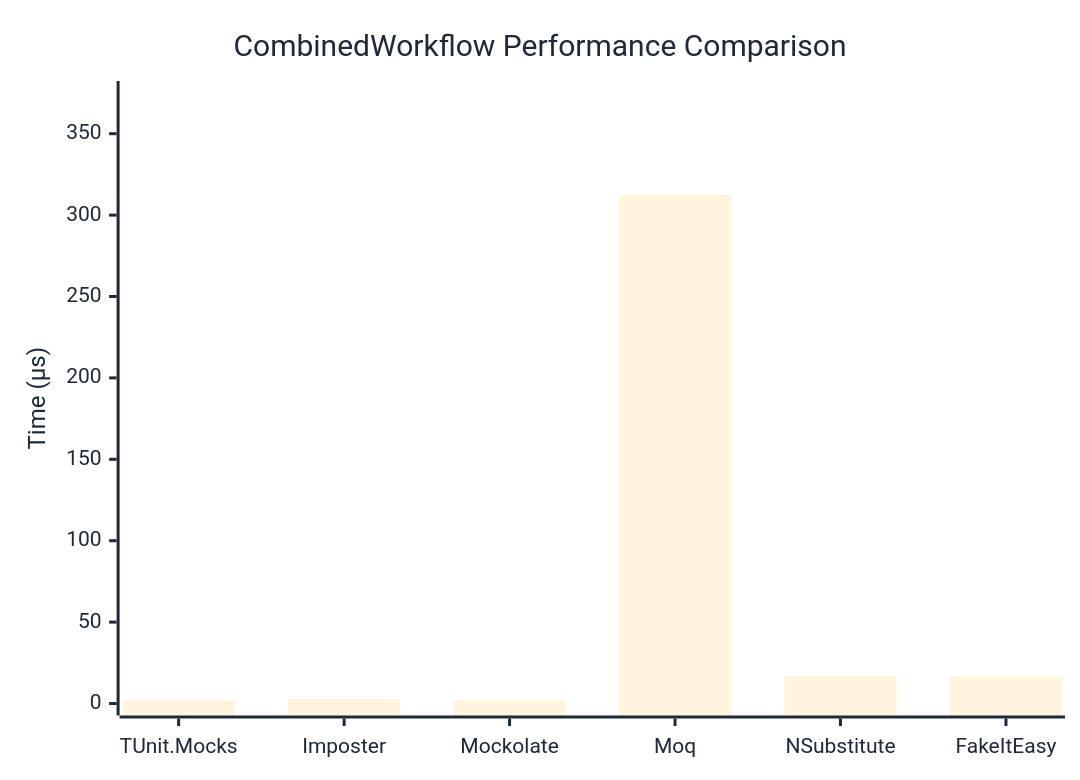
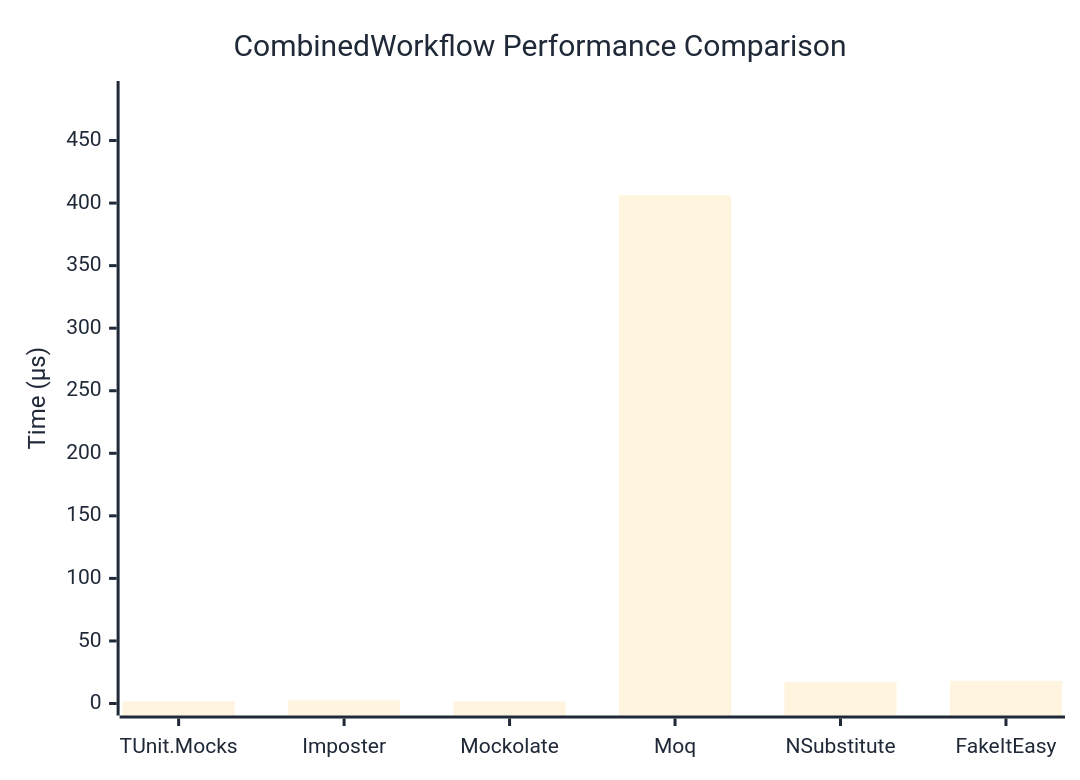
The diagram in docs/docs/benchmarks/mocks/CombinedWorkflow.md (thomhurst/TUnit), drawn with Mermaid before and after one commit. The commit also changed other lines of this file and 14 other files, not shown here.

````diff
--- a/docs/docs/benchmarks/mocks/CombinedWorkflow.md
+++ b/docs/docs/benchmarks/mocks/CombinedWorkflow.md
@@ -30,27 +30,27 @@
 ```mermaid
 %%{init: {
   'theme':'base',
   'themeVariables': {
     'primaryColor': '#2563eb',
     'primaryTextColor': '#1f2937',
     'primaryBorderColor': '#1e40af',
     'lineColor': '#6b7280',
     'secondaryColor': '#7c3aed',
     'tertiaryColor': '#dc2626',
     'background': '#ffffff',
     'pie1': '#2563eb',
     'pie2': '#7c3aed',
     'pie3': '#dc2626',
     'pie4': '#f59e0b',
     'pie5': '#10b981',
     'pie6': '#06b6d4',
     'pie7': '#ec4899',
     'pie8': '#6366f1'
   }
 }}%%
 xychart-beta
   title "CombinedWorkflow Performance Comparison"
   x-axis ["TUnit.Mocks", "Imposter", "Mockolate", "Moq", "NSubstitute", "FakeItEasy"]
-  y-axis "Time (μs)" 0 --> 375
-  bar [1.881, 2.703, 1.835, 312.298, 16.91, 16.568]
+  y-axis "Time (μs)" 0 --> 488
+  bar [1.784, 2.591, 1.716, 406.287, 17.037, 18.082]
 ```
````
